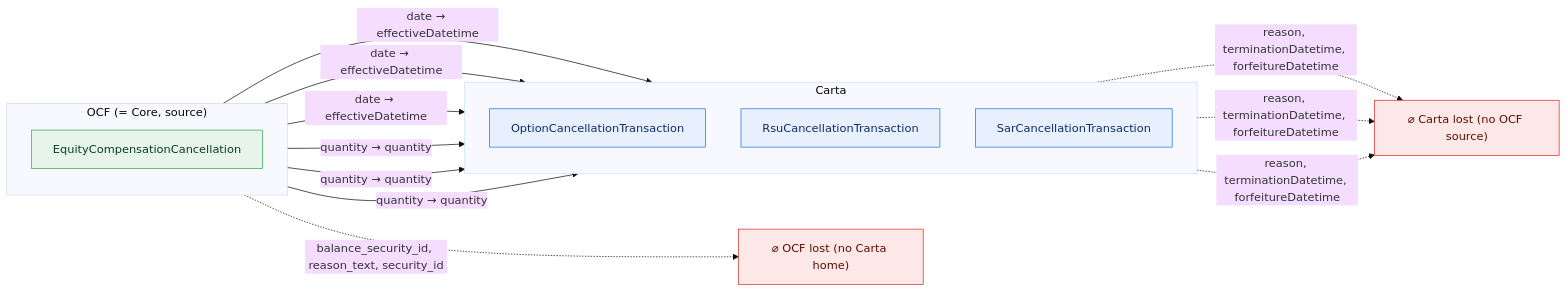
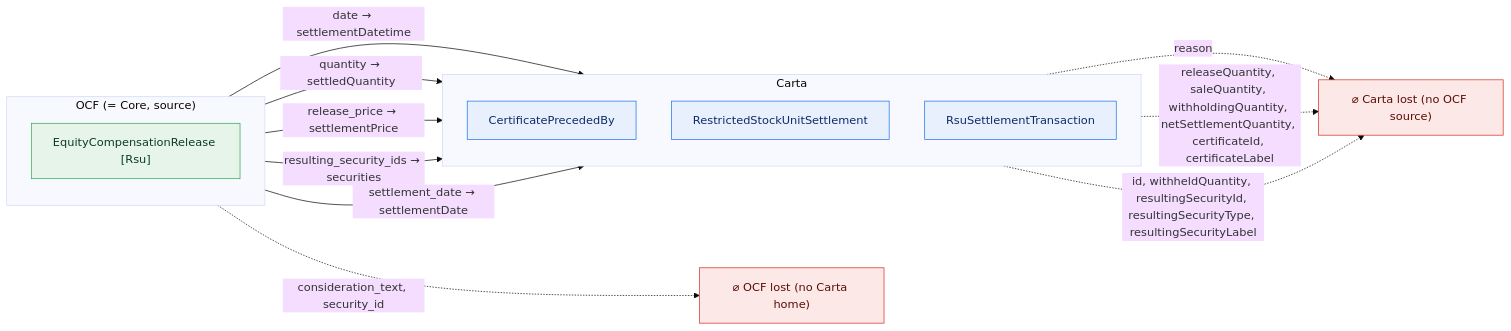
One commit to Open-Cap-Table-Coalition/OCF-Composed-Schemas changed diagram 11 of 47 in docs/core-bidirectional-flow.md. Above: the diagram before and after it, drawn with Mermaid (base theme). The commit also changed other lines of this file and 11 other files, not shown here.

First line of the commit message:
Flow diagrams: one fully separate diagram per OCF object flavor

````diff
--- a/docs/core-bidirectional-flow.md
+++ b/docs/core-bidirectional-flow.md
@@ -392,29 +347,28 @@
 ```mermaid
 flowchart LR
   classDef adm fill:#e6f4ea,stroke:#34a853,color:#0b3d20;
   classDef notadm fill:#f1f3f4,stroke:#9aa0a6,color:#5f6368,stroke-dasharray:4 3;
   classDef carta fill:#e8f0fe,stroke:#1a73e8,color:#0d2b66;
   classDef lost fill:#fce8e6,stroke:#d93025,color:#5c0d06;
   subgraph SRC["OCF (= Core, source)"]
     direction TB
-    o0["EquityCompensationCancellation"]:::adm
+    o0["EquityCompensationRelease [Rsu]"]:::adm
   end
   subgraph TGT["Carta"]
     direction TB
-    t0["OptionCancellationTransaction"]:::carta
-    t1["RsuCancellationTransaction"]:::carta
-    t2["SarCancellationTransaction"]:::carta
+    t0["CertificatePrecededBy"]:::carta
+    t1["RestrictedStockUnitSettlement"]:::carta
+    t2["RsuSettlementTransaction"]:::carta
   end
   ocflost["⌀ OCF lost (no Carta home)"]:::lost
   cartalost["⌀ Carta lost (no OCF source)"]:::lost
-  o0 -->|"date → effectiveDatetime"| t0
-  o0 -->|"date → effectiveDatetime"| t1
-  o0 -->|"date → effectiveDatetime"| t2
-  o0 -->|"quantity → quantity"| t0
-  o0 -->|"quantity → quantity"| t1
-  o0 -->|"quantity → quantity"| t2
-  o0 -.->|"balance_security_id, reason_text, security_id"| ocflost
-  t0 -.->|"reason, terminationDatetime, forfeitureDatetime"| cartalost
-  t1 -.->|"reason, terminationDatetime, forfeitureDatetime"| cartalost
-  t2 -.->|"reason, terminationDatetime, forfeitureDatetime"| cartalost
+  o0 -->|"date → settlementDatetime"| t2
+  o0 -->|"quantity → settledQuantity"| t2
+  o0 -->|"release_price → settlementPrice"| t1
+  o0 -->|"resulting_security_ids → securities"| t0
+  o0 -->|"settlement_date → settlementDate"| t1
+  o0 -.->|"consideration_text, security_id"| ocflost
+  t0 -.->|"reason"| cartalost
+  t1 -.->|"releaseQuantity, saleQuantity, withholdingQuantity, netSettlementQuantity, certificateId, certificateLabel"| cartalost
+  t2 -.->|"id, withheldQuantity, resultingSecurityId, resultingSecurityType, resultingSecurityLabel"| cartalost
 ```
````
